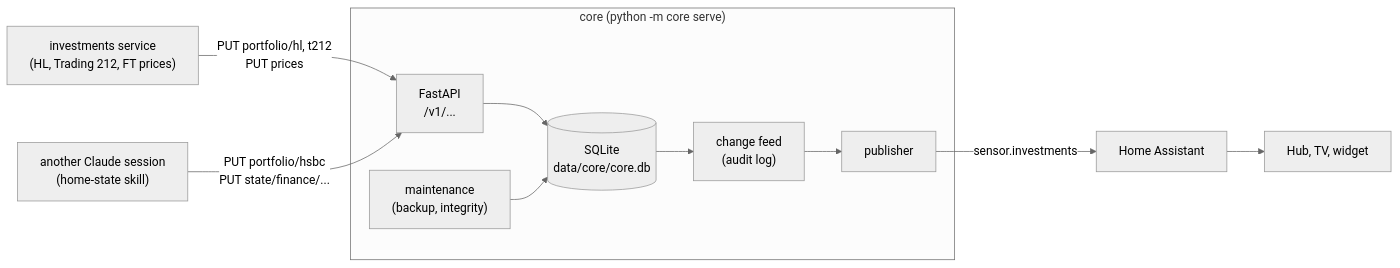
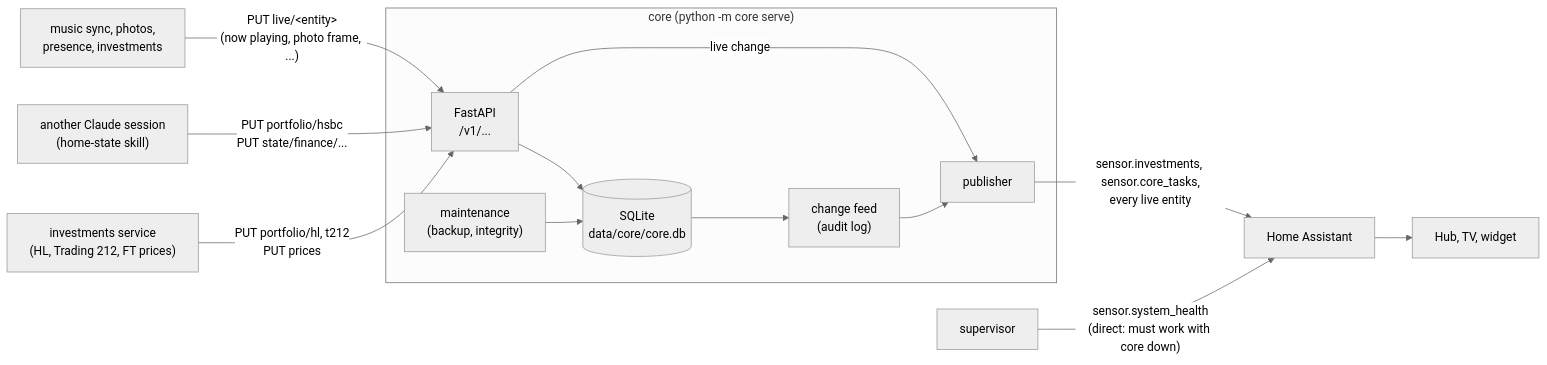
Before and after one commit to sidharrth2002/home-automation: the first of 3 diagrams in docs/core.md, drawn with Mermaid (neutral theme). The commit also changed other lines of this file and 13 other files, not shown here.

````diff
--- a/docs/core.md
+++ b/docs/core.md
@@ -7,13 +7,16 @@
 ```mermaid
 flowchart LR
     hlsvc["investments service<br/>(HL, Trading 212, FT prices)"] -->|"PUT portfolio/hl, t212<br/>PUT prices"| api
     agent["another Claude session<br/>(home-state skill)"] -->|"PUT portfolio/hsbc<br/>PUT state/finance/..."| api
+    svcs["music sync, photos,<br/>presence, investments"] -->|"PUT live/&lt;entity&gt;<br/>(now playing, photo frame, ...)"| api
     subgraph core["core (python -m core serve)"]
         api["FastAPI<br/>/v1/..."] --> db[("SQLite<br/>data/core/core.db")]
         db --> feed["change feed<br/>(audit log)"]
         feed --> pub["publisher"]
+        api -->|"live change"| pub
         maint["maintenance<br/>(backup, integrity)"] --> db
     end
-    pub -->|"sensor.investments"| ha["Home Assistant"]
+    pub -->|"sensor.investments, sensor.core_tasks,<br/>every live entity"| ha["Home Assistant"]
+    stack["supervisor"] -->|"sensor.system_health<br/>(direct: must work with core down)"| ha
     ha --> hub["Hub, TV, widget"]
 ```
````
